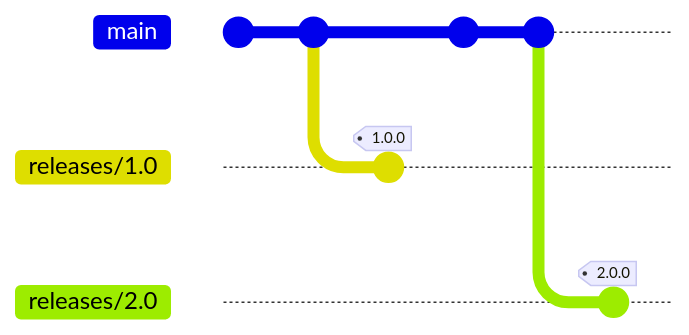
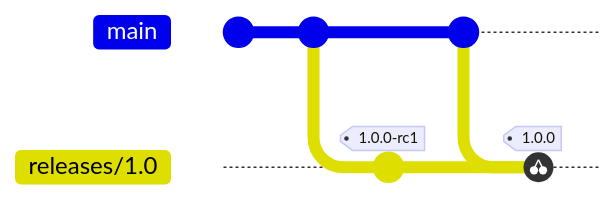
The first of 5 diagrams in docs/decisions/adr-0001-release-process.md (sysdiglabs/agent-ansible-collection), drawn with Mermaid before and after one commit. The commit also changed other lines of this file, not shown here. Commit ids are hidden.

````diff
--- a/docs/decisions/adr-0001-release-process.md
+++ b/docs/decisions/adr-0001-release-process.md
@@ -42,14 +46,12 @@
 ```mermaid
   gitGraph:
     commit
-    commit
+    commit id: "chore: set version to 1.0.0"
     branch releases/1.0
     checkout releases/1.0
-    commit tag: "1.0.0"
+    commit tag: "1.0.0-rc1"
     checkout main
-    commit
-    commit
-    branch releases/2.0
-    checkout releases/2.0
-    commit tag: "2.0.0"
+    commit id: "fix: rc1 bug"
+    checkout releases/1.0
+    cherry-pick id: "fix: rc1 bug" tag: "1.0.0"
 ```
````
